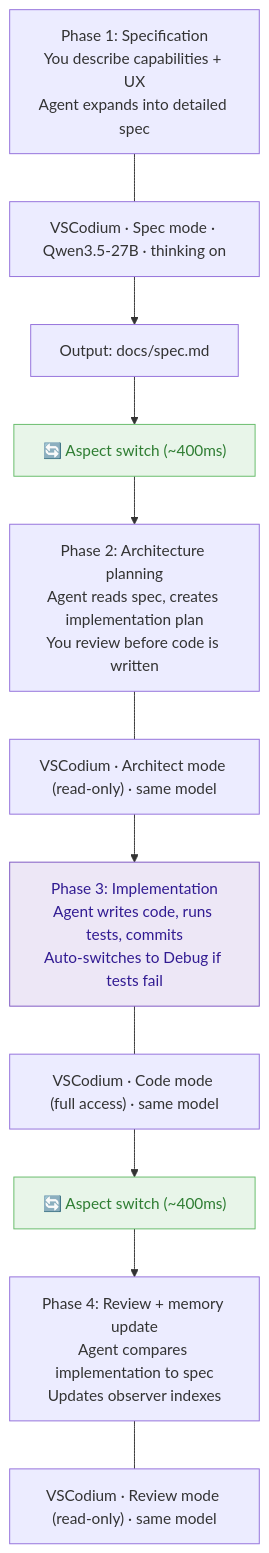
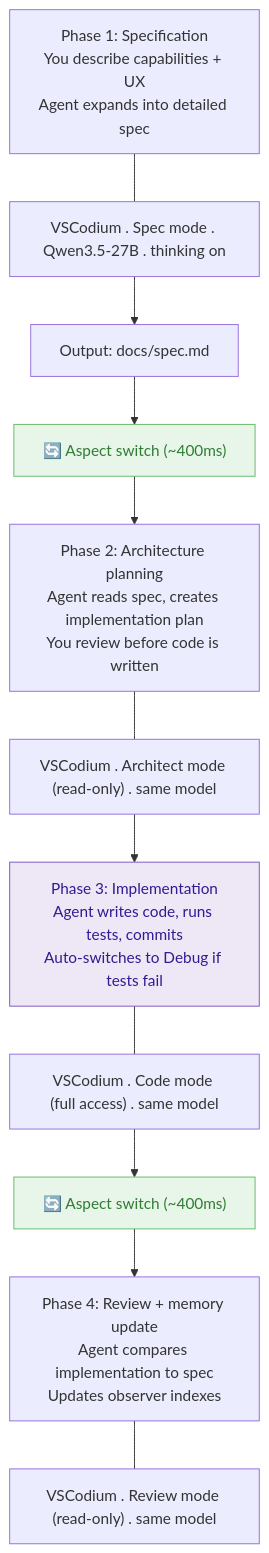
One commit to JoshWrites/2gpu-local-ai-workstation changed the fourth of 7 diagrams in docs/reference-guide.md. Above: the diagram before and after it, drawn with Mermaid. The commit also changed other lines of this file and 73 other files, not shown here.

````diff
--- a/docs/reference-guide.md
+++ b/docs/reference-guide.md
@@ -475,28 +475,28 @@
 ```mermaid
 graph TD
     P1["Phase 1: Specification\nYou describe capabilities + UX\nAgent expands into detailed spec"]
-    TOOL1["VSCodium · Spec mode · Qwen3.5-27B · thinking on"]
+    TOOL1["VSCodium . Spec mode . Qwen3.5-27B . thinking on"]
     OUT1["Output: docs/spec.md"]
 
     BREAK1["🔄 Aspect switch (~400ms)"]
 
     P2["Phase 2: Architecture planning\nAgent reads spec, creates implementation plan\nYou review before code is written"]
-    TOOL2["VSCodium · Architect mode (read-only) · same model"]
+    TOOL2["VSCodium . Architect mode (read-only) . same model"]
 
     P3["Phase 3: Implementation\nAgent writes code, runs tests, commits\nAuto-switches to Debug if tests fail"]
-    TOOL3["VSCodium · Code mode (full access) · same model"]
+    TOOL3["VSCodium . Code mode (full access) . same model"]
 
     BREAK2["🔄 Aspect switch (~400ms)"]
 
     P4["Phase 4: Review + memory update\nAgent compares implementation to spec\nUpdates observer indexes"]
-    TOOL4["VSCodium · Review mode (read-only) · same model"]
+    TOOL4["VSCodium . Review mode (read-only) . same model"]
 
     P1 --- TOOL1 --> OUT1 --> BREAK1 --> P2
     P2 --- TOOL2 --> P3
     P3 --- TOOL3 --> BREAK2 --> P4
     P4 --- TOOL4
 
     style BREAK1 fill:#e8f5e9,stroke:#66bb6a,color:#2e7d32
     style BREAK2 fill:#e8f5e9,stroke:#66bb6a,color:#2e7d32
     style P3 fill:#ede7f6,stroke:#7e57c2,color:#311b92
 ```
````
